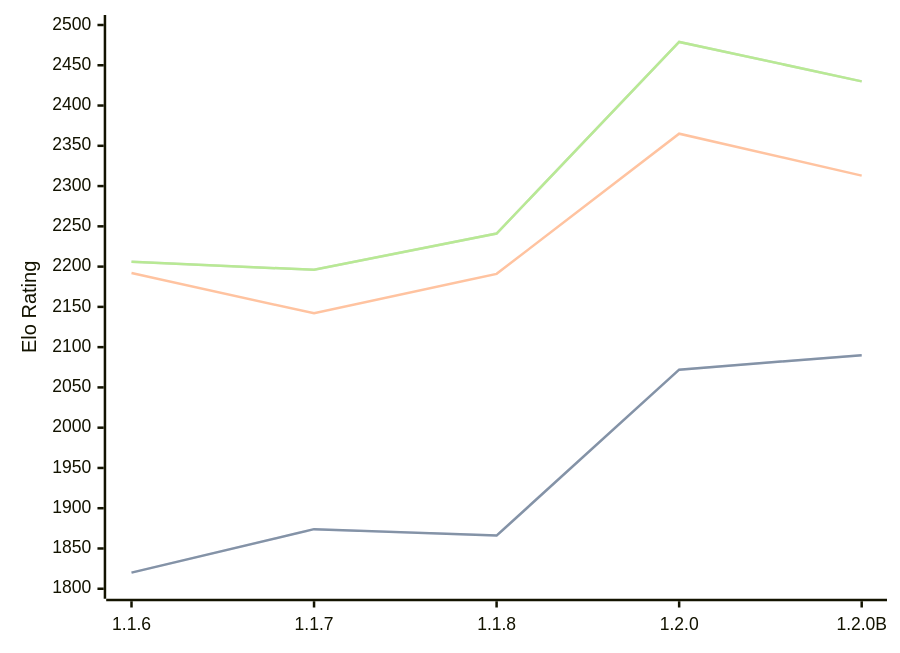
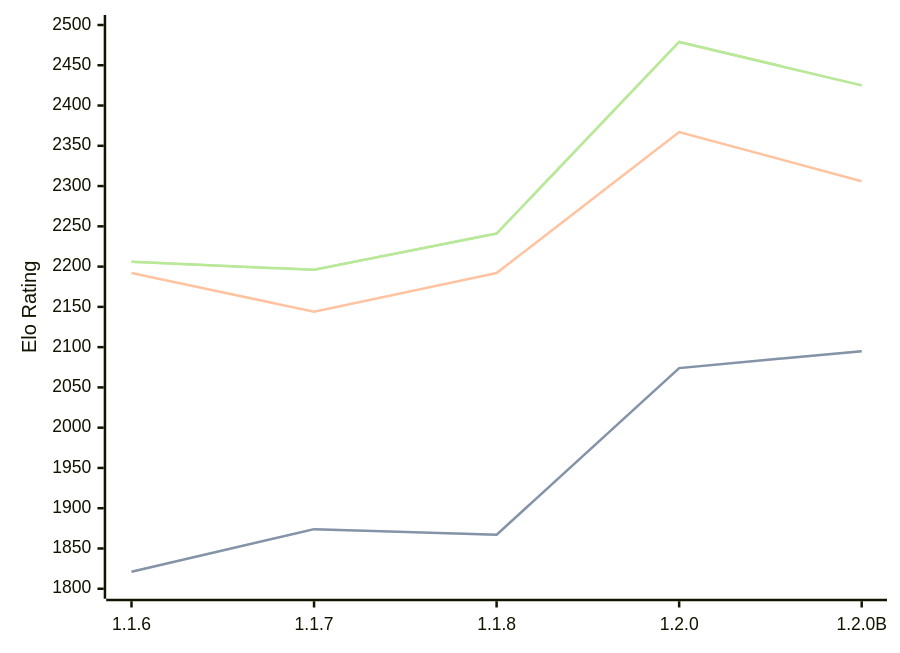
The diagram in engines/Soomi.md (computer-chess-index/cci), drawn with Mermaid before and after one commit. The commit also changed other lines of this file, not shown here.

Commit message:
Update CCI Ratings (ELO VLTC) - 2026-05-06

````diff
--- a/engines/Soomi.md
+++ b/engines/Soomi.md
@@ -35,11 +35,11 @@
 ```mermaid
 %%{init: {"theme":"base","themeVariables":{"seriesColors:['#a3a3a3','#222221','#faa371']}}}%%
 xychart-beta
   x-axis ["1.1.6", "1.1.7", "1.1.8", "1.2.0", "1.2.0B"]
   y-axis "Elo Rating" 1800 --> 2500
-  line "STC (8.0+0.08s)" [1820, 1874, 1866, 2072, 2090]
-  line "STC (8.0+0.08s)" [1820, 1874, 1866, 2072, 2090]
-  line "LTC (60.0+0.60s)" [2192, 2142, 2191, 2365, 2313]
-  line "VLTC (2m24s+1.12s)" [2206, 2196, 2241, 2479, 2430]
-  line "VLTC (2m24s+1.12s)" [2206, 2196, 2241, 2479, 2430]
+  line "STC (8.0+0.08s)" [1821, 1874, 1867, 2074, 2095]
+  line "STC (8.0+0.08s)" [1821, 1874, 1867, 2074, 2095]
+  line "LTC (60.0+0.60s)" [2192, 2144, 2192, 2367, 2306]
+  line "VLTC (2m24s+1.12s)" [2206, 2196, 2241, 2479, 2425]
+  line "VLTC (2m24s+1.12s)" [2206, 2196, 2241, 2479, 2425]
 ```
````
